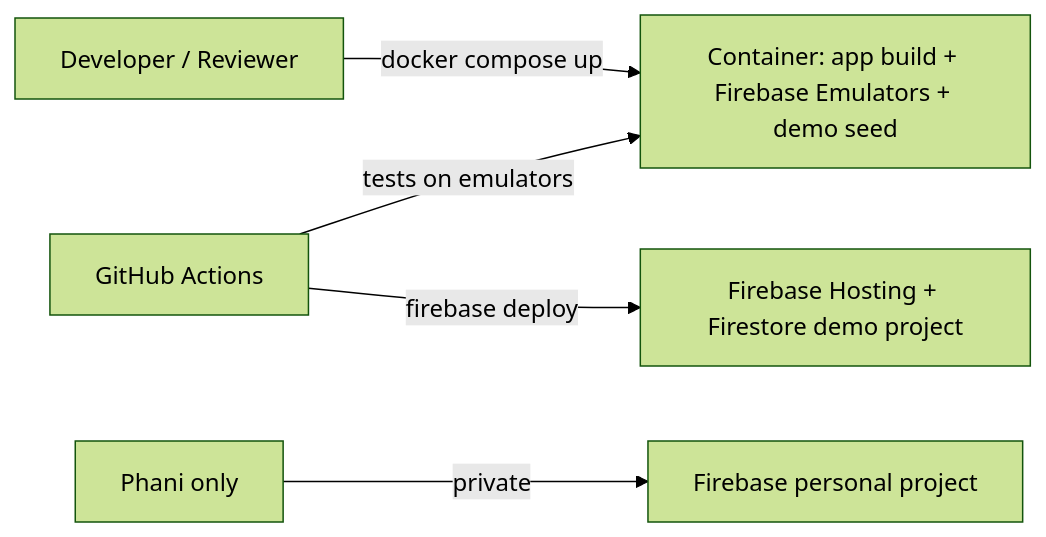
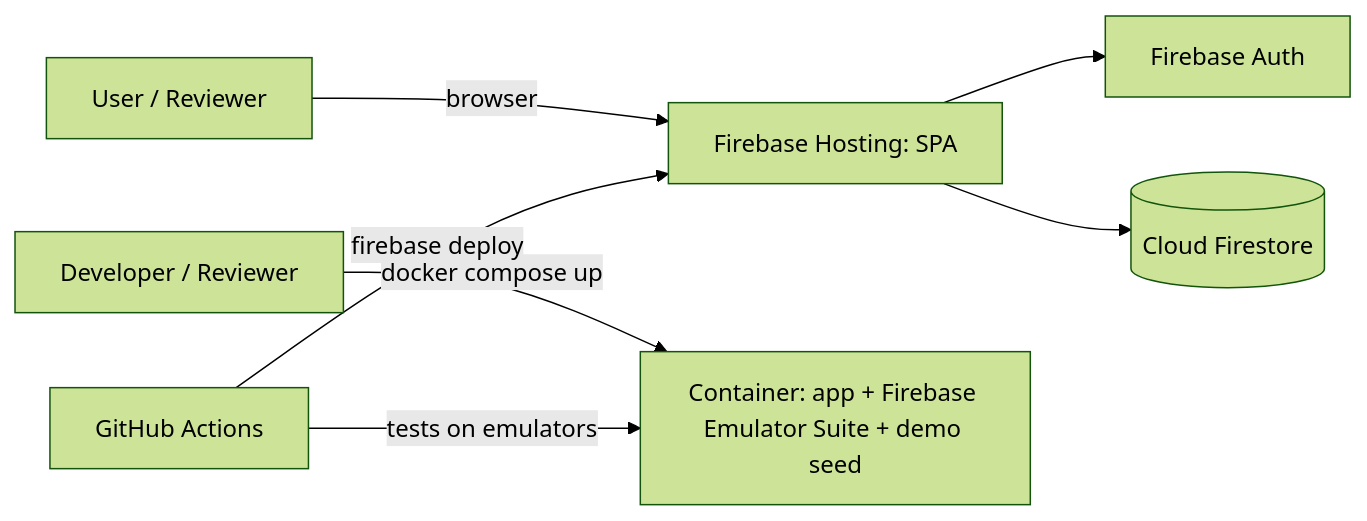
Before and after one commit to asvnphanindra/2026_AIDevToolsZoomCamp: the diagram in project/_docs/FUNCTIONAL_SPEC_grok_bot.md, drawn with Mermaid (forest theme). The commit also changed other lines of this file, not shown here.

First line of the commit message:
Rewrite functional spec as user stories with acceptance criteria.

````diff
--- a/project/_docs/FUNCTIONAL_SPEC_grok_bot.md
+++ b/project/_docs/FUNCTIONAL_SPEC_grok_bot.md
@@ -188,7 +210,9 @@
 ```mermaid
 flowchart LR
-  Dev[Developer / Reviewer] -->|docker compose up| C[Container: app build + Firebase Emulators + demo seed]
+  U[User / Reviewer] -->|browser| H[Firebase Hosting: SPA]
+  H --> A[Firebase Auth]
+  H --> F[(Cloud Firestore)]
+  Dev[Developer / Reviewer] -->|docker compose up| C[Container: app + Firebase Emulator Suite + demo seed]
   CI[GitHub Actions] -->|tests on emulators| C
-  CI -->|firebase deploy| FB[Firebase Hosting + Firestore demo project]
-  Owner[Phani only] -->|private| P[Firebase personal project]
+  CI -->|firebase deploy| H
 ```
````
